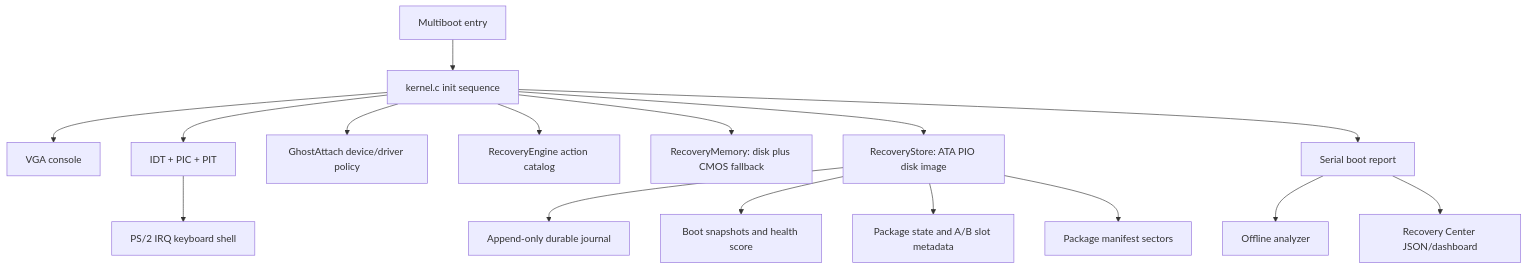
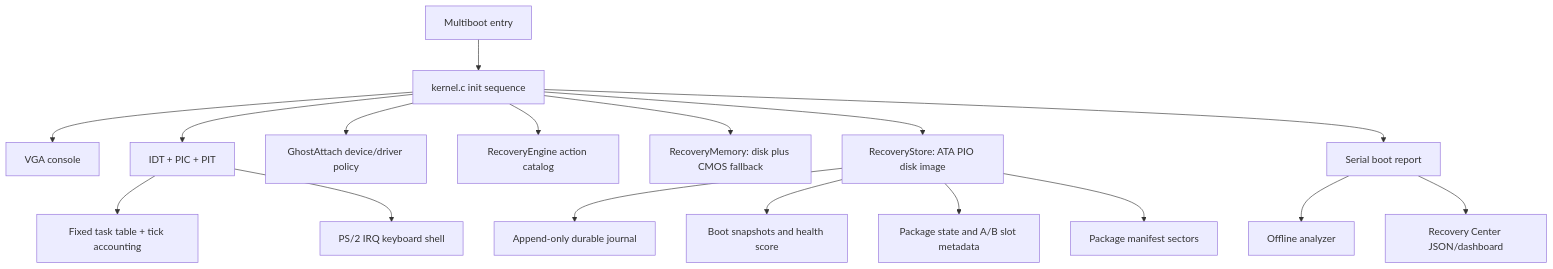
Before and after one commit to kaamikazi/kamikazeos: the diagram in docs/ARCHITECTURE.md, drawn with Mermaid. The commit also changed other lines of this file and 21 other files, not shown here.

````diff
--- a/docs/ARCHITECTURE.md
+++ b/docs/ARCHITECTURE.md
@@ -11,18 +11,19 @@
 ```mermaid
 flowchart TD
   Boot["Multiboot entry"] --> Kernel["kernel.c init sequence"]
   Kernel --> Console["VGA console"]
   Kernel --> Interrupts["IDT + PIC + PIT"]
+  Interrupts --> Tasks["Fixed task table + tick accounting"]
   Interrupts --> Shell["PS/2 IRQ keyboard shell"]
   Kernel --> Ghost["GhostAttach device/driver policy"]
   Kernel --> Recovery["RecoveryEngine action catalog"]
   Kernel --> Memory["RecoveryMemory: disk plus CMOS fallback"]
   Kernel --> Store["RecoveryStore: ATA PIO disk image"]
   Store --> Journal["Append-only durable journal"]
   Store --> Health["Boot snapshots and health score"]
   Store --> PkgState["Package state and A/B slot metadata"]
   Store --> Manifests["Package manifest sectors"]
   Kernel --> Report["Serial boot report"]
   Report --> Analyzer["Offline analyzer"]
   Report --> Dashboard["Recovery Center JSON/dashboard"]
 ```
````
